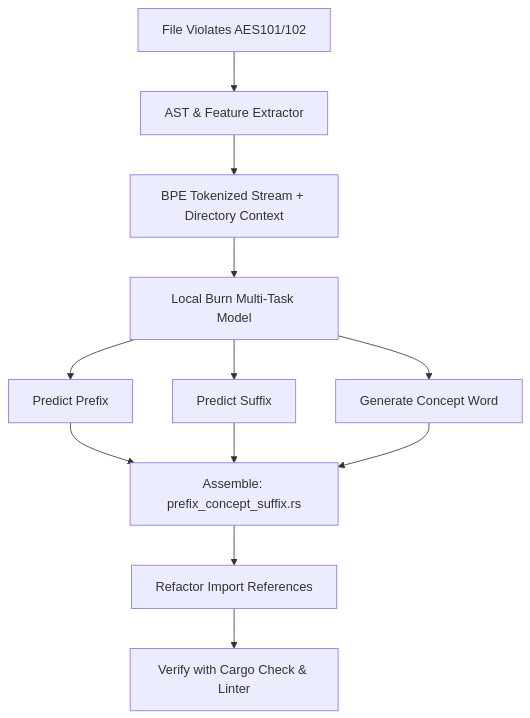
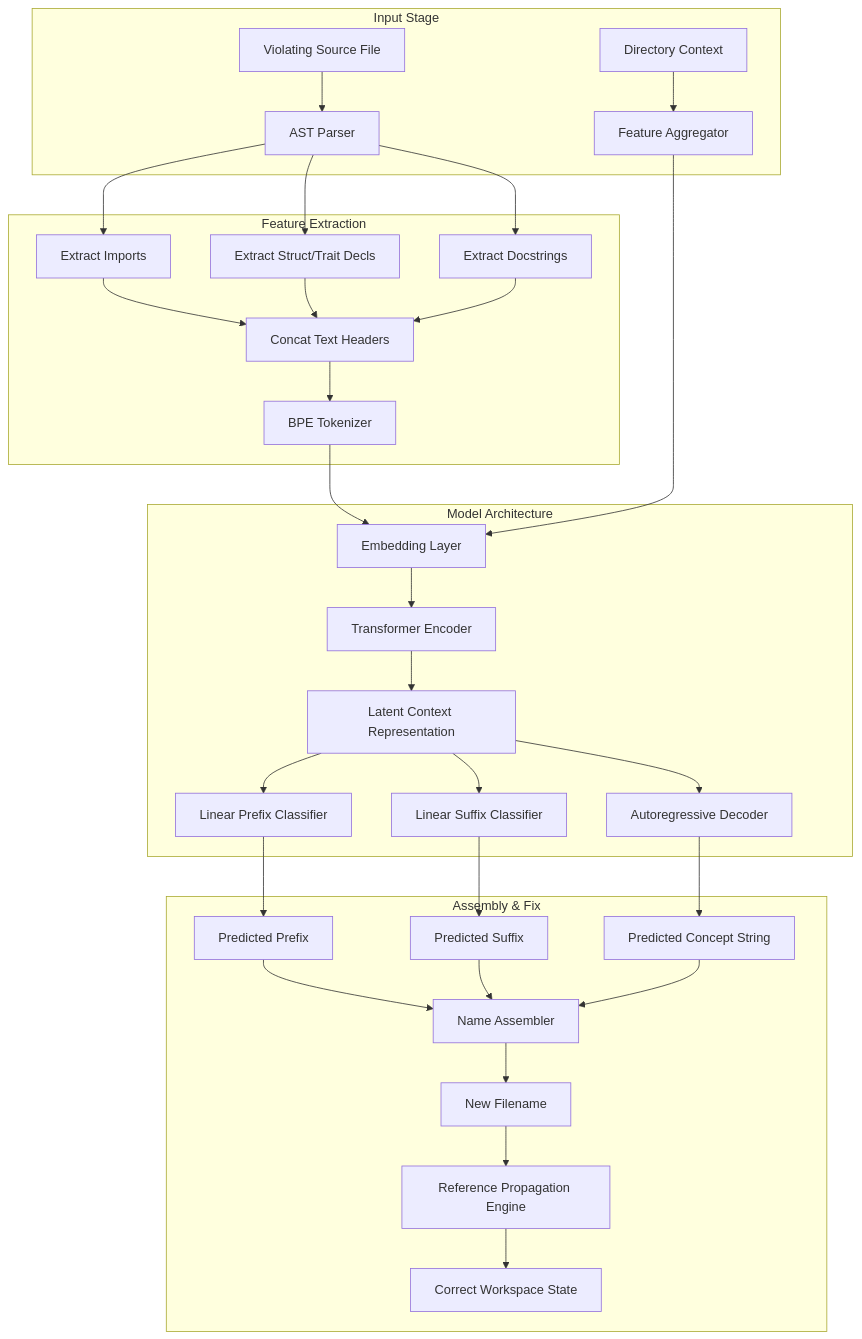
One commit to rakaarwaky/lint-arwaky changed the diagram in docs/plan/research/ai-autorepair-burn.md. Above: the diagram before and after it, drawn with Mermaid. The commit also changed other lines of this file and 8 other files, not shown here.

````diff
--- a/docs/plan/research/ai-autorepair-burn.md
+++ b/docs/plan/research/ai-autorepair-burn.md
@@ -33,17 +81,37 @@
 ```mermaid
 graph TD
-    Violation[File Violates AES101/102] --> Extractor[AST & Feature Extractor]
-    Extractor --> Tokens[BPE Tokenized Stream + Directory Context]
-    Tokens --> BurnModel[Local Burn Multi-Task Model]
-    
-    BurnModel --> PredPrefix[Predict Prefix]
-    BurnModel --> PredSuffix[Predict Suffix]
-    BurnModel --> GenConcept[Generate Concept Word]
-    
-    PredPrefix --> Assembly[Assemble: prefix_concept_suffix.rs]
-    PredSuffix --> Assembly
-    GenConcept --> Assembly
-    
-    Assembly --> Refactor[Refactor Import References]
-    Refactor --> Verification[Verify with Cargo Check & Linter]
+    subgraph Input Stage
+        SourceFile[Violating Source File] --> AST[AST Parser]
+        Dir[Directory Context] --> FeatureVec[Feature Aggregator]
+    end
+
+    subgraph Feature Extraction
+        AST --> Imps[Extract Imports]
+        AST --> Decl[Extract Struct/Trait Decls]
+        AST --> Docs[Extract Docstrings]
+        Imps & Decl & Docs --> Concat[Concat Text Headers]
+        Concat --> Tokenizer[BPE Tokenizer]
+    end
+
+    subgraph Model Architecture
+        Tokenizer --> Embed[Embedding Layer]
+        FeatureVec --> Embed
+        Embed --> Encoder[Transformer Encoder]
+        Encoder --> Shared[Latent Context Representation]
+        
+        Shared --> PrefHead[Linear Prefix Classifier]
+        Shared --> SuffHead[Linear Suffix Classifier]
+        Shared --> ConceptHead[Autoregressive Decoder]
+    end
+
+    subgraph Assembly & Fix
+        PrefHead --> PrefVal[Predicted Prefix]
+        SuffHead --> SuffVal[Predicted Suffix]
+        ConceptHead --> ConceptVal[Predicted Concept String]
+        
+        PrefVal & SuffVal & ConceptVal --> Assembler[Name Assembler]
+        Assembler --> NewName[New Filename]
+        NewName --> Refactor[Reference Propagation Engine]
+        Refactor --> Output[Correct Workspace State]
+    end
 ```
````
